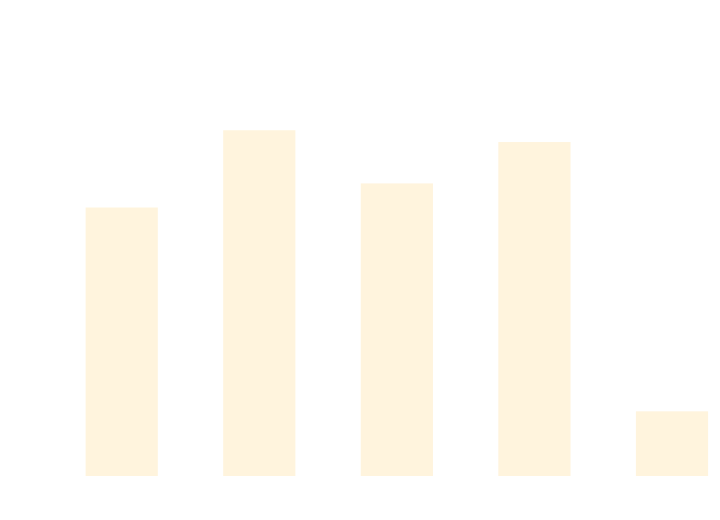
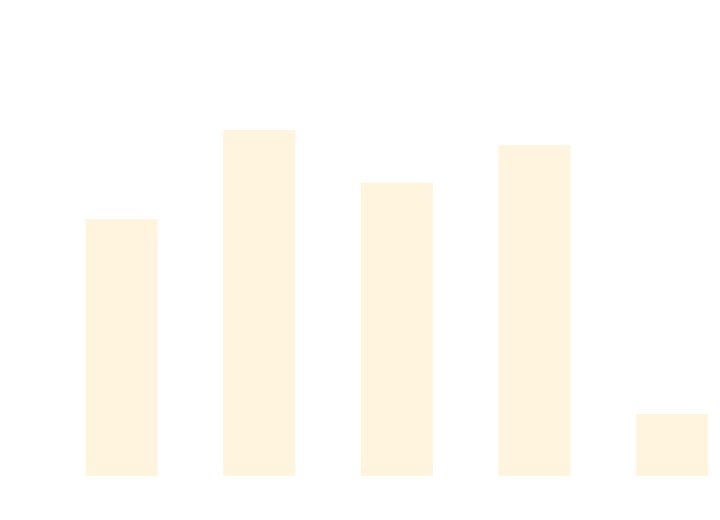
The diagram in docs/docs/benchmarks/AsyncTests.md (thomhurst/TUnit), drawn with Mermaid before and after one commit. The commit also changed other lines of this file and 17 other files, not shown here.

````diff
--- a/docs/docs/benchmarks/AsyncTests.md
+++ b/docs/docs/benchmarks/AsyncTests.md
@@ -27,37 +27,37 @@
 ```mermaid
 %%{init: {
   'theme':'base',
   'themeVariables': {
     'primaryColor': '#2563eb',
     'primaryTextColor': '#ffffff',
     'primaryBorderColor': '#1e40af',
     'lineColor': '#6b7280',
     'secondaryColor': '#7c3aed',
     'tertiaryColor': '#dc2626',
     'background': '#ffffff',
     'mainBkg': '#2563eb',
     'secondBkg': '#7c3aed',
     'tertiaryBkg': '#dc2626',
     'clusterBkg': '#f3f4f6',
     'edgeLabelBackground': '#ffffff',
     'tertiaryTextColor': '#1f2937',
     'pie1': '#2563eb',
     'pie2': '#7c3aed',
     'pie3': '#dc2626',
     'pie4': '#f59e0b',
     'pie5': '#10b981',
     'pie6': '#06b6d4',
     'pie7': '#ec4899',
     'pie8': '#6366f1',
     'pie9': '#84cc16',
     'pie10': '#f97316',
     'pie11': '#14b8a6',
     'pie12': '#a855f7'
   }
 }}%%
 xychart-beta
   title "AsyncTests Performance Comparison"
   x-axis ["TUnit", "NUnit", "MSTest", "xUnit3", "TUnit_AOT"]
-  y-axis "Time (ms)" 0 --> 884
-  bar [567.5, 736.1, 620.1, 710.4, 122.6]
+  y-axis "Time (ms)" 0 --> 942
+  bar [577.8, 784.9, 662.8, 749.6, 124.4]
 ```
````
